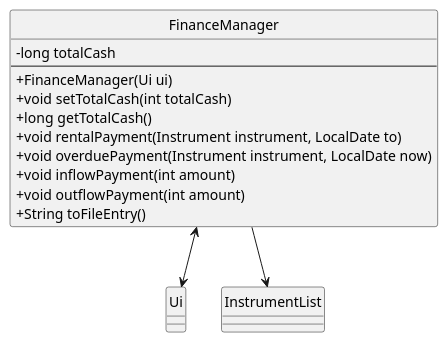
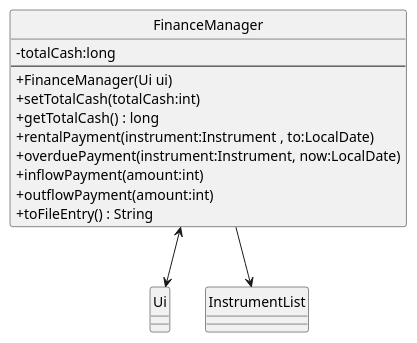
Before and after one commit to adoorknob/tp: the diagram in docs/uml-diagrams/uml-source/FinanceManager.puml, drawn with PlantUML. The commit also changed 13 other files, not shown here.

Commit message:
fix finance uml class diagram

```diff
--- a/docs/uml-diagrams/uml-source/FinanceManager.puml
+++ b/docs/uml-diagrams/uml-source/FinanceManager.puml
@@ -1,23 +1,23 @@
 @startuml
 hide circle
 skinparam classAttributeIconSize 0
 class FinanceManager {
-    - long totalCash
+    -  totalCash:long
     --
     + FinanceManager(Ui ui)
-    + void setTotalCash(int totalCash)
-    + long getTotalCash()
-    + void rentalPayment(Instrument instrument, LocalDate to)
-    + void overduePayment(Instrument instrument, LocalDate now)
-    + void inflowPayment(int amount)
-    + void outflowPayment(int amount)
-    + String toFileEntry()
+    + setTotalCash(totalCash:int)
+    + getTotalCash() : long
+    + rentalPayment(instrument:Instrument , to:LocalDate)
+    + overduePayment(instrument:Instrument, now:LocalDate)
+    + inflowPayment(amount:int)
+    + outflowPayment(amount:int)
+    + toFileEntry() : String
 }
 
 class Ui
 class InstrumentList
 
 FinanceManager <--> Ui
 FinanceManager --> InstrumentList
 
 @enduml
```
